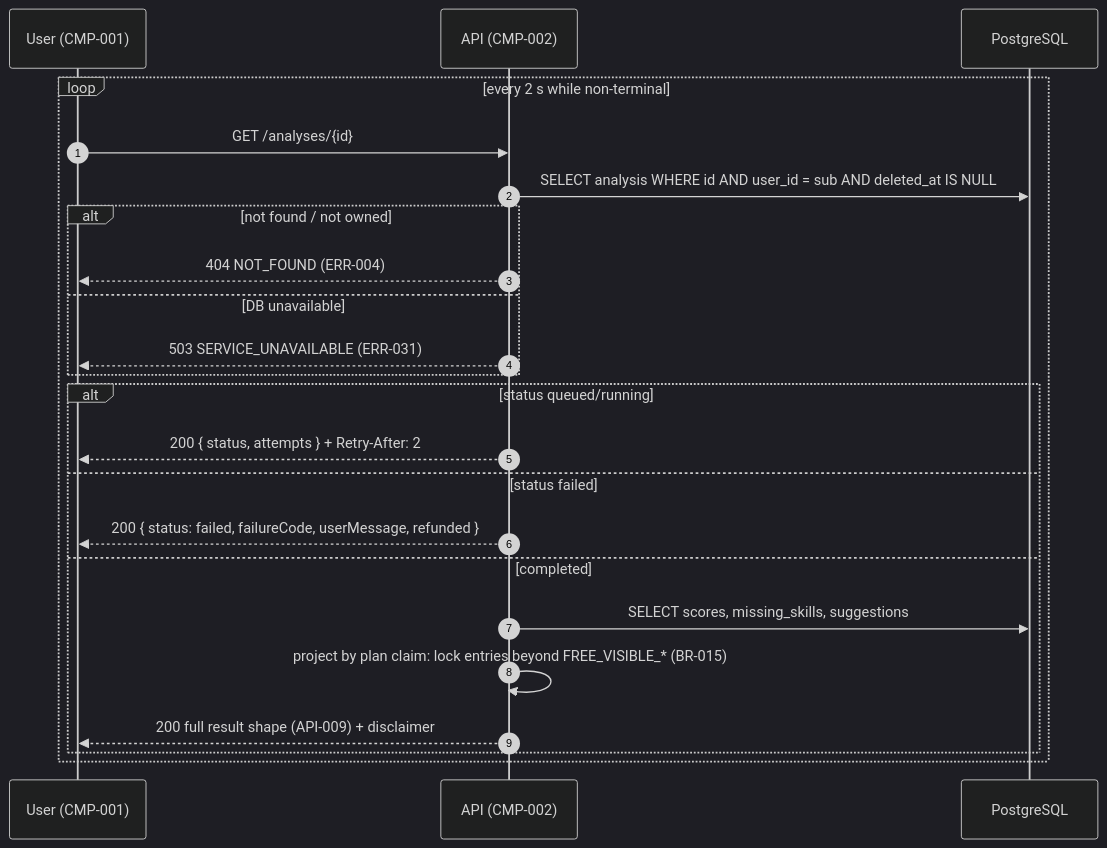
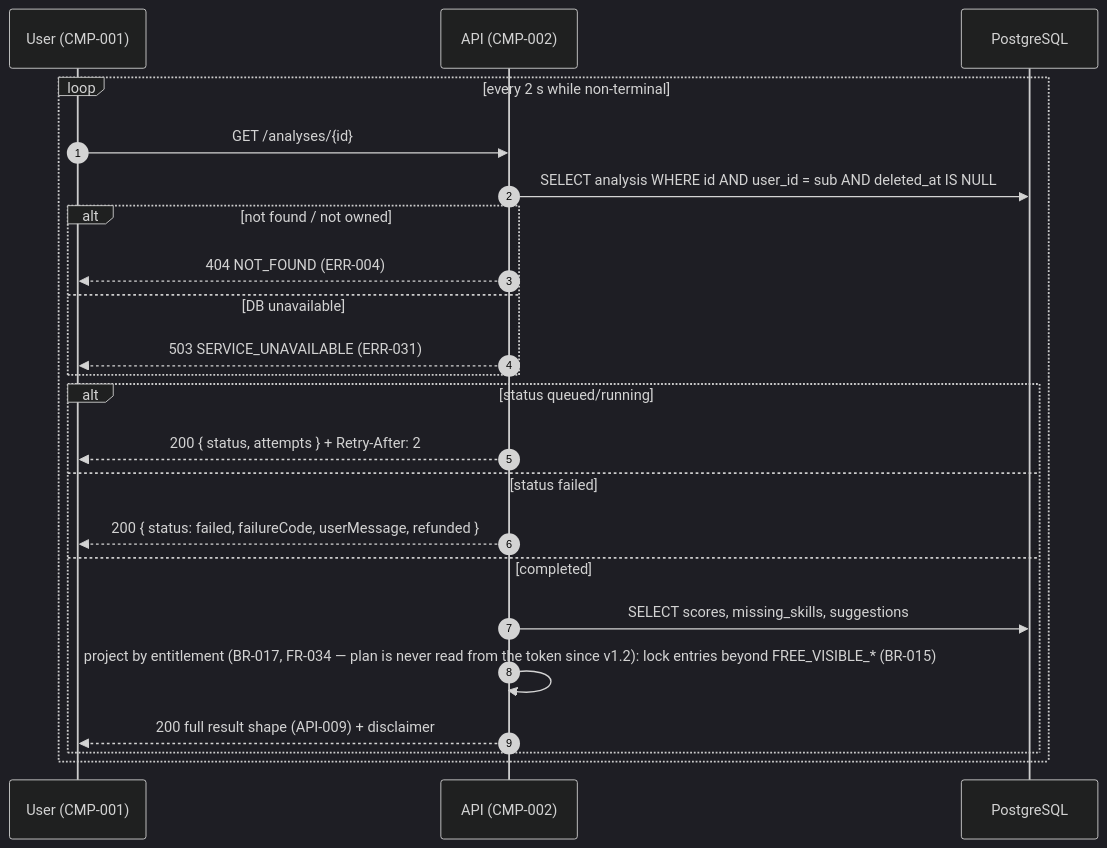
Before and after one commit to divii-school/spec-homework: the fifth of 12 diagrams in sandip/spec.md, drawn with Mermaid (dark theme). The commit also changed other lines of this file and 1 other file, not shown here.

````diff
--- a/sandip/spec.md
+++ b/sandip/spec.md
@@ -692,25 +693,25 @@
 ```mermaid
 sequenceDiagram
   autonumber
   participant U as User (CMP-001)
   participant A as API (CMP-002)
   participant P as PostgreSQL
   loop every 2 s while non-terminal
     U->>A: GET /analyses/{id}
     A->>P: SELECT analysis WHERE id AND user_id = sub AND deleted_at IS NULL
     alt not found / not owned
       A-->>U: 404 NOT_FOUND (ERR-004)
     else DB unavailable
       A-->>U: 503 SERVICE_UNAVAILABLE (ERR-031)
     end
     alt status queued/running
       A-->>U: 200 { status, attempts } + Retry-After: 2
     else status failed
       A-->>U: 200 { status: failed, failureCode, userMessage, refunded }
     else completed
       A->>P: SELECT scores, missing_skills, suggestions
-      A->>A: project by plan claim: lock entries beyond FREE_VISIBLE_* (BR-015)
+      A->>A: project by entitlement (BR-017, FR-034 — plan is never read from the token since v1.2): lock entries beyond FREE_VISIBLE_* (BR-015)
       A-->>U: 200 full result shape (API-009) + disclaimer
     end
   end
 ```
````
